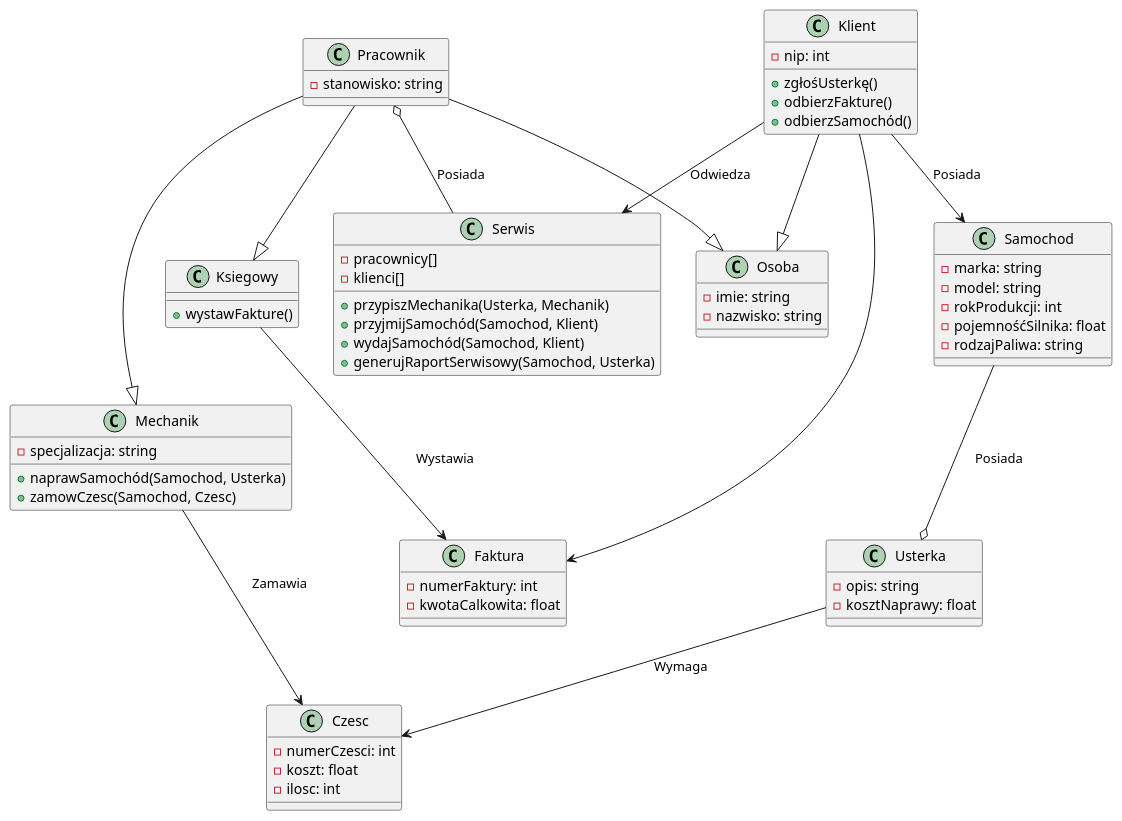
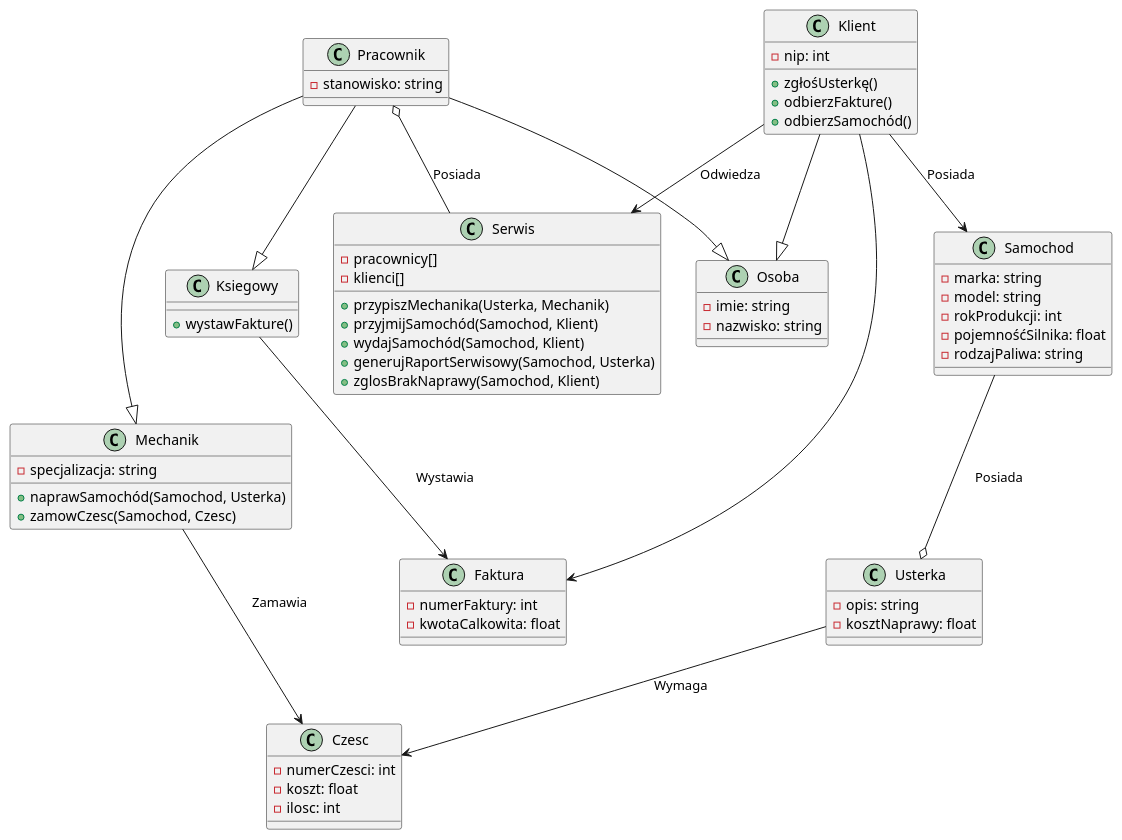
The diagram in serwis_sam_class.plantuml (theWebCookie/uml), drawn with PlantUML before and after one commit. The commit also changed 3 other files, not shown here.

```diff
--- a/serwis_sam_class.plantuml
+++ b/serwis_sam_class.plantuml
@@ -1,77 +1,78 @@
 @startuml "serwis_samochodowy_diagram_klas"
 
 class Osoba {
     - imie: string
     - nazwisko: string
 }
 
 class Klient {
     - nip: int
     + zgłośUsterkę()
     + odbierzFakture()
     + odbierzSamochód()
 }
 
 class Pracownik {
     - stanowisko: string
 }
 
 class Ksiegowy {
     + wystawFakture()
 }
 
 class Mechanik {
     - specjalizacja: string
     + naprawSamochód(Samochod, Usterka) 
     + zamowCzesc(Samochod, Czesc)
 }
 
 class Serwis {
     - pracownicy[]
     - klienci[]
     + przypiszMechanika(Usterka, Mechanik)
     + przyjmijSamochód(Samochod, Klient)
     + wydajSamochód(Samochod, Klient)
     + generujRaportSerwisowy(Samochod, Usterka)
+    + zglosBrakNaprawy(Samochod, Klient)
 }
 
 class Samochod {
     - marka: string
     - model: string
     - rokProdukcji: int
     - pojemnośćSilnika: float
     - rodzajPaliwa: string
 }
 
 class Usterka {
     - opis: string
     - kosztNaprawy: float
 }
 
 class Faktura {
     - numerFaktury: int
     - kwotaCalkowita: float
 }
 
 class Czesc {
     - numerCzesci: int
     - koszt: float
     - ilosc: int
 }
 
 Klient --|> Osoba
 Pracownik --|> Osoba
 Pracownik --|> Mechanik
 Pracownik --|> Ksiegowy
 
 Klient --> Serwis: Odwiedza
 Klient --> Samochod: Posiada
 Klient --> Faktura
 Ksiegowy --> Faktura: Wystawia
 
 Serwis -up-o Pracownik: Posiada
 Samochod --o Usterka: Posiada
 Usterka --> Czesc: Wymaga
 Mechanik --> Czesc: Zamawia
 
 @enduml
```
